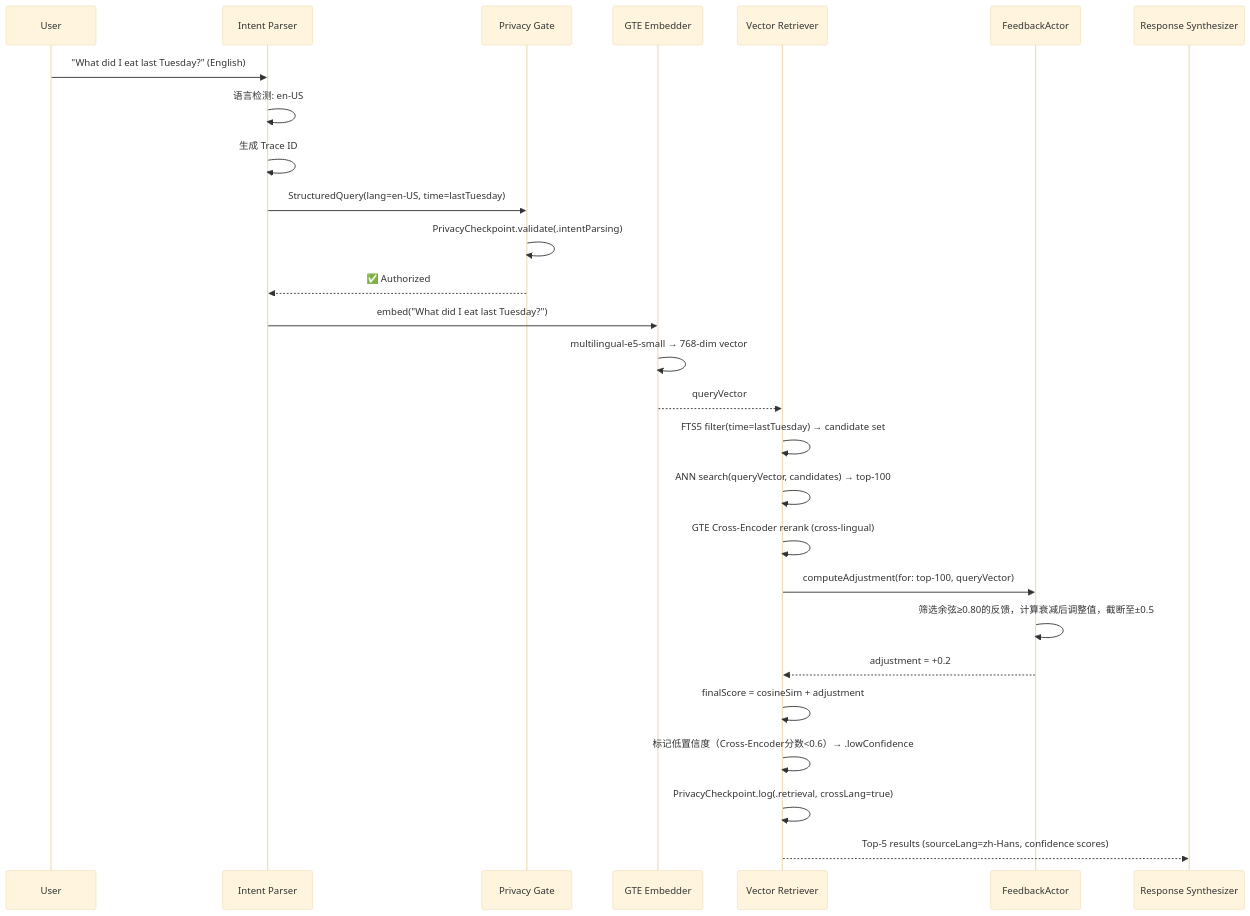
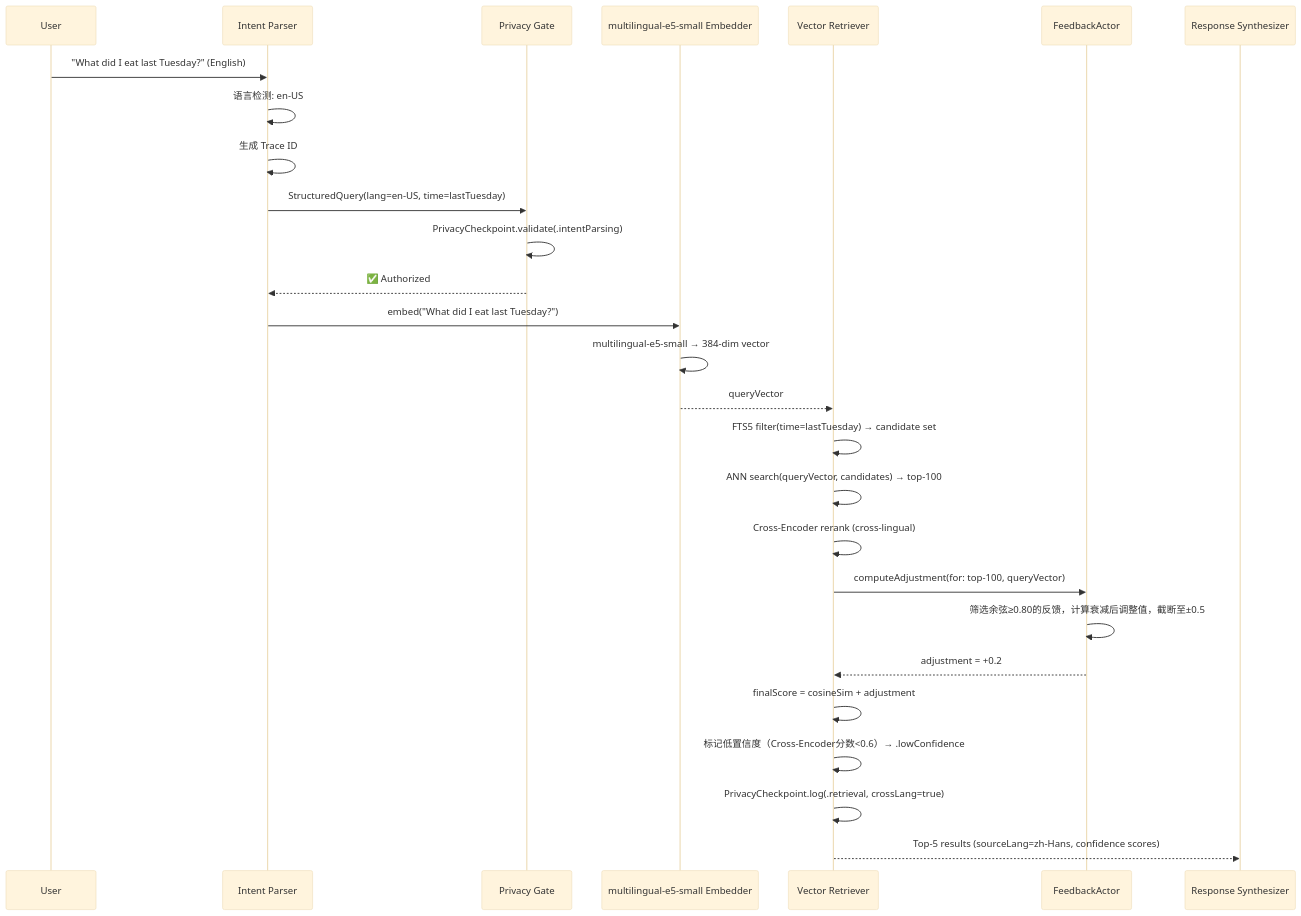
The second of 3 diagrams in docs/03-implementation/双语言实现说明文档.md (logan-suu/Echo), drawn with Mermaid (base theme) before and after one commit. The commit also changed other lines of this file and 12 other files, not shown here.

First line of the commit message:
chore(config): align vector dimensions and model names to multilingual-e5-small/MobileCLIP-B LT

````diff
--- a/docs/03-implementation/双语言实现说明文档.md
+++ b/docs/03-implementation/双语言实现说明文档.md
@@ -187,30 +187,30 @@
 ```mermaid
 sequenceDiagram
     participant U as User
     participant Parser as Intent Parser
     participant Gate as Privacy Gate
-    participant Embed as GTE Embedder
+    participant Embed as multilingual-e5-small Embedder
     participant Retriever as Vector Retriever
     participant FB as FeedbackActor
     participant Synth as Response Synthesizer
 
     U->>Parser: "What did I eat last Tuesday?" (English)
     Parser->>Parser: 语言检测: en-US
     Parser->>Parser: 生成 Trace ID
     Parser->>Gate: StructuredQuery(lang=en-US, time=lastTuesday)
     Gate->>Gate: PrivacyCheckpoint.validate(.intentParsing)
     Gate-->>Parser: ✅ Authorized
     Parser->>Embed: embed("What did I eat last Tuesday?")
-    Embed->>Embed: multilingual-e5-small → 768-dim vector
+    Embed->>Embed: multilingual-e5-small → 384-dim vector
     Embed-->>Retriever: queryVector
     Retriever->>Retriever: FTS5 filter(time=lastTuesday) → candidate set
     Retriever->>Retriever: ANN search(queryVector, candidates) → top-100
-    Retriever->>Retriever: GTE Cross-Encoder rerank (cross-lingual)
+    Retriever->>Retriever: Cross-Encoder rerank (cross-lingual)
     Retriever->>FB: computeAdjustment(for: top-100, queryVector)
     FB->>FB: 筛选余弦≥0.80的反馈，计算衰减后调整值，截断至±0.5
     FB-->>Retriever: adjustment = +0.2
     Retriever->>Retriever: finalScore = cosineSim + adjustment
     Retriever->>Retriever: 标记低置信度（Cross-Encoder分数<0.6）→ .lowConfidence
     Retriever->>Retriever: PrivacyCheckpoint.log(.retrieval, crossLang=true)
     Retriever-->>Synth: Top-5 results (sourceLang=zh-Hans, confidence scores)
 ```
````
